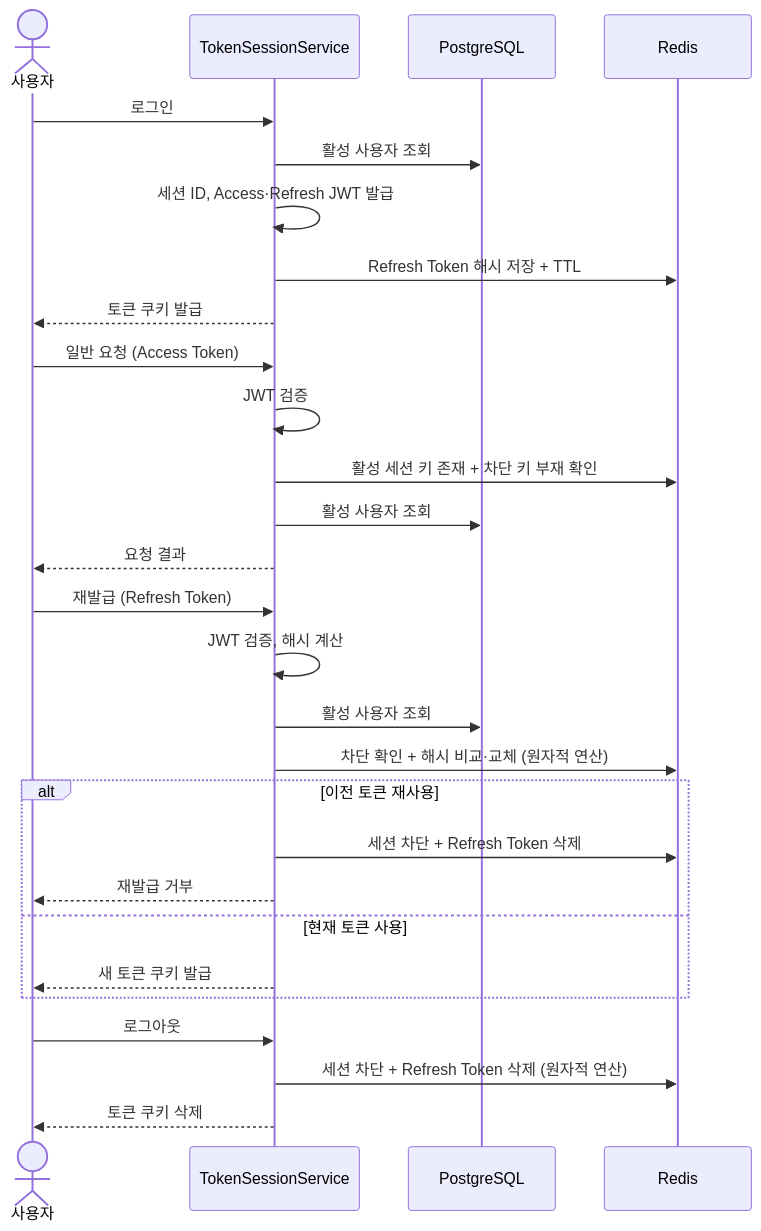
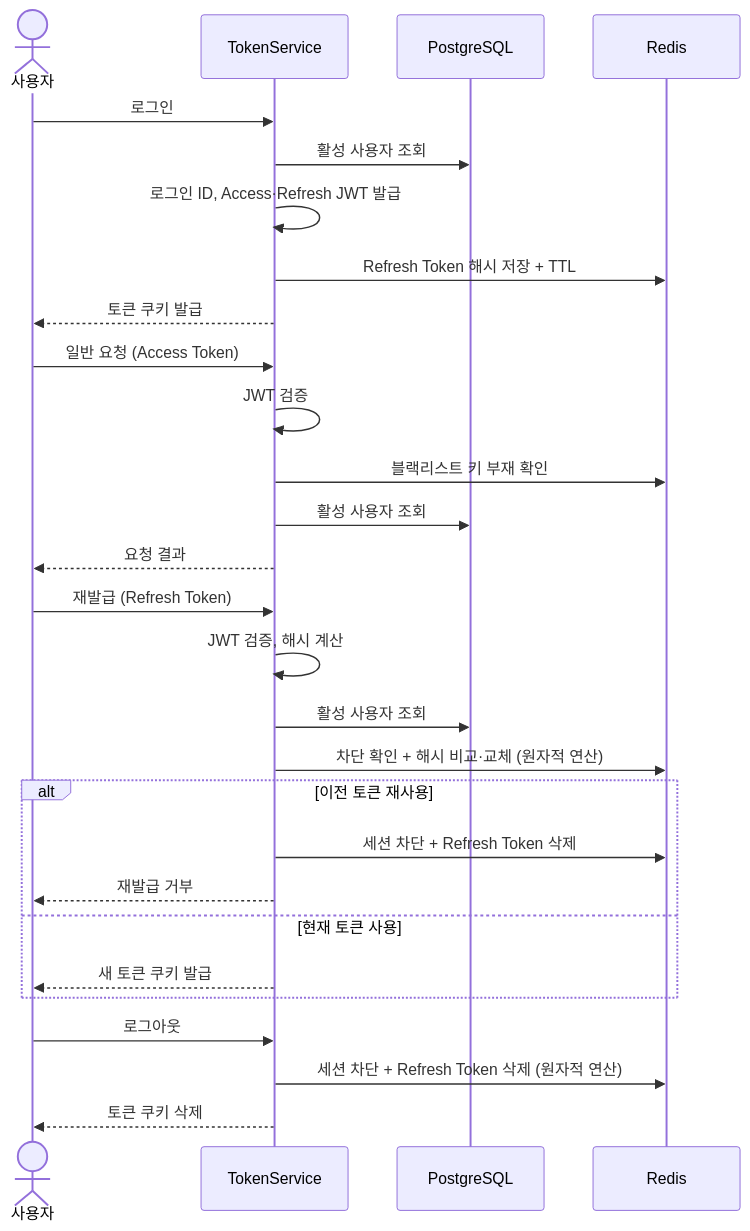
The third of 3 diagrams in docs/architecture/ARCH-002 리프레시 토큰과 블랙리스트 Redis 전환 설계.md (Codeiary/Codeiary-BE), drawn with Mermaid before and after one commit. The commit also changed other lines of this file and 3 other files, not shown here.

````diff
--- a/docs/architecture/ARCH-002 리프레시 토큰과 블랙리스트 Redis 전환 설계.md
+++ b/docs/architecture/ARCH-002 리프레시 토큰과 블랙리스트 Redis 전환 설계.md
@@ -112,34 +114,34 @@
 ```mermaid
 sequenceDiagram
     actor User as 사용자
-    participant API as TokenSessionService
+    participant API as TokenService
     participant DB as PostgreSQL
     participant Redis as Redis
 
     User->>API: 로그인
     API->>DB: 활성 사용자 조회
-    API->>API: 세션 ID, Access·Refresh JWT 발급
+    API->>API: 로그인 ID, Access·Refresh JWT 발급
     API->>Redis: Refresh Token 해시 저장 + TTL
     API-->>User: 토큰 쿠키 발급
 
     User->>API: 일반 요청 (Access Token)
     API->>API: JWT 검증
-    API->>Redis: 활성 세션 키 존재 + 차단 키 부재 확인
+    API->>Redis: 블랙리스트 키 부재 확인
     API->>DB: 활성 사용자 조회
     API-->>User: 요청 결과
 
     User->>API: 재발급 (Refresh Token)
     API->>API: JWT 검증, 해시 계산
     API->>DB: 활성 사용자 조회
     API->>Redis: 차단 확인 + 해시 비교·교체 (원자적 연산)
     alt 이전 토큰 재사용
         API->>Redis: 세션 차단 + Refresh Token 삭제
         API-->>User: 재발급 거부
     else 현재 토큰 사용
         API-->>User: 새 토큰 쿠키 발급
     end
 
     User->>API: 로그아웃
     API->>Redis: 세션 차단 + Refresh Token 삭제 (원자적 연산)
     API-->>User: 토큰 쿠키 삭제
 ```
````
